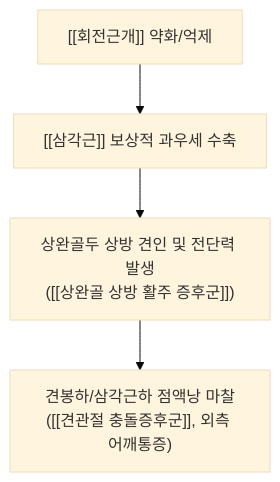
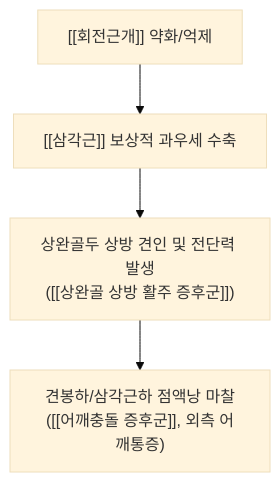
Before and after one commit to simbio11/simbio-digital-garden2: the second of 3 diagrams in content/1. 근골격계 공부/근육/(4) 어깨/삼각근.md, drawn with Mermaid (base theme). The commit also changed other lines of this file and 150 other files, not shown here.

````diff
--- a/content/1. 근골격계 공부/근육/(4) 어깨/삼각근.md
+++ b/content/1. 근골격계 공부/근육/(4) 어깨/삼각근.md
@@ -57,8 +66,6 @@
 ```mermaid
 graph TD
     RotatorWeak["[[회전근개]] 약화/억제"] --> DeltoidOver["[[삼각근]] 보상적 과우세 수축"]
-    DeltoidOver --> SuperiorShear["상완골두 상방 견인 및 전단력 발생
-([[상완골 상방 활주 증후군]])"]
-    SuperiorShear --> SubacromialBursitis["견봉하/삼각근하 점액낭 마찰
-([[견관절 충돌증후군]], 외측 어깨통증)"]
+    DeltoidOver --> SuperiorShear["상완골두 상방 견인 및 전단력 발생<br>([[상완골 상방 활주 증후군]])"]
+    SuperiorShear --> SubacromialBursitis["견봉하/삼각근하 점액낭 마찰<br>([[어깨충돌 증후군]], 외측 어깨통증)"]
 ```
````
